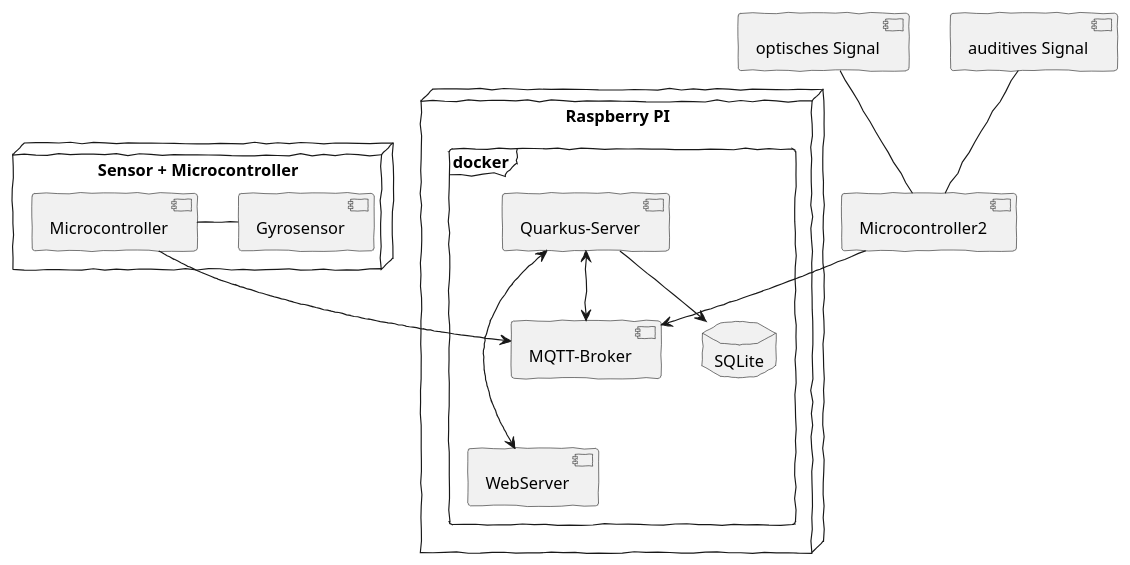
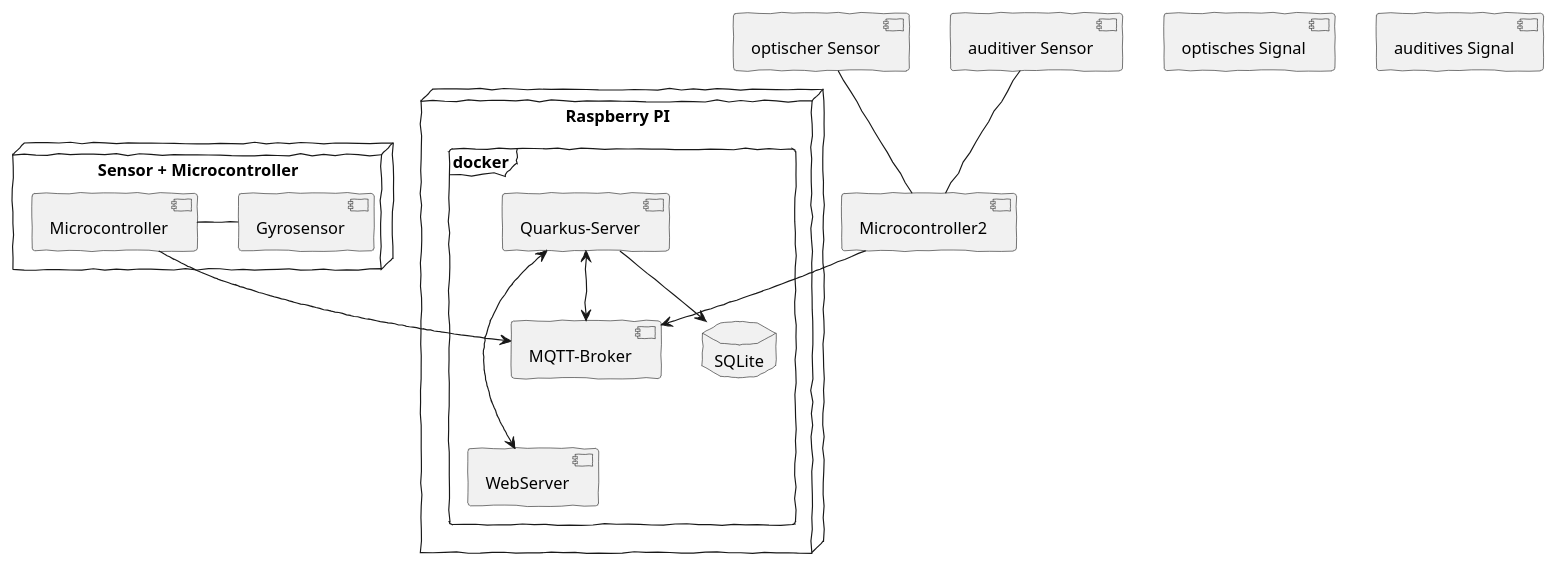
The second of 4 diagrams in asciidocs/index.adoc (KonstantinFrank01/safer-pool-docs), drawn with PlantUML before and after one commit. The commit also changed other lines of this file, not shown here.

Commit message:
Changed Signal to Sensor and add latest version of the state diagram

```diff
--- a/asciidocs/index.adoc
+++ b/asciidocs/index.adoc
@@ -92,31 +92,31 @@
 [plantuml]
 ----
 @startuml
 skinparam handwritten true
 
     node "Raspberry PI" {
         frame docker{
         [MQTT-Broker]
         [WebServer]
         [Quarkus-Server]
         database "SQLite" {
         }
           }
     }
 node "Sensor + Microcontroller" {
     [Microcontroller] - [Gyrosensor]
 }
 
 [optisches Signal]
 [auditives Signal]
 [Microcontroller2]
 
 [Microcontroller] --> [MQTT-Broker]
 [Quarkus-Server] <--> [MQTT-Broker]
 [Quarkus-Server] --> SQLite
 [Quarkus-Server] <---> WebServer
 [Microcontroller2] --> [MQTT-Broker]
-[optisches Signal] -- [Microcontroller2]
-[auditives Signal] -- [Microcontroller2]
+[optischer Sensor] -- [Microcontroller2]
+[auditiver Sensor] -- [Microcontroller2]
 @enduml
 ----
```
